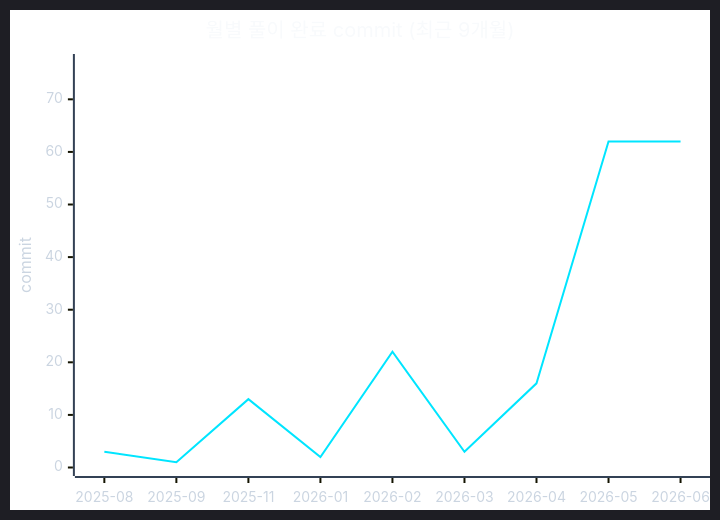
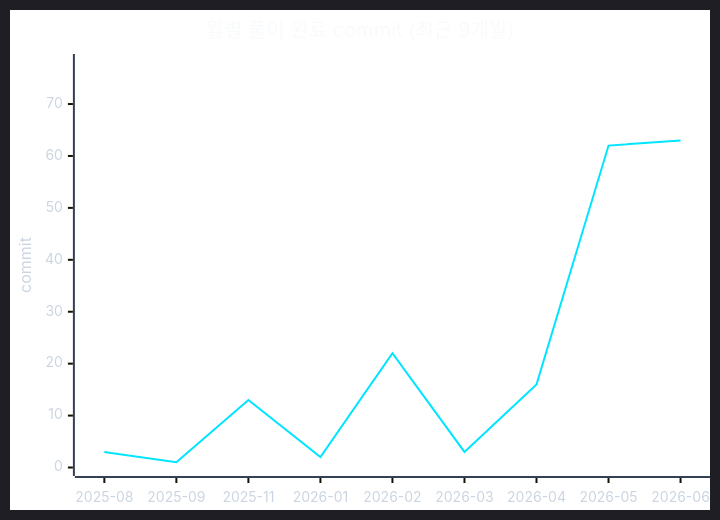
The second of 2 diagrams in readme.md (CHOOSLA/Algorithm), drawn with Mermaid before and after one commit. The commit also changed other lines of this file and 2 other files, not shown here.

````diff
--- a/readme.md
+++ b/readme.md
@@ -71,22 +71,22 @@
 ```mermaid
 ---
 config:
   theme: dark
   themeVariables:
     background: '#0d1117'
     xyChart:
       titleColor: '#f8fafc'
       xAxisLabelColor: '#cbd5e1'
       xAxisTitleColor: '#cbd5e1'
       xAxisLineColor: '#334155'
       yAxisLabelColor: '#cbd5e1'
       yAxisTitleColor: '#cbd5e1'
       yAxisLineColor: '#334155'
       plotColorPalette: '#00e5ff'
 ---
 xychart-beta
   title "월별 풀이 완료 commit (최근 9개월)"
   x-axis ["2025-08", "2025-09", "2025-11", "2026-01", "2026-02", "2026-03", "2026-04", "2026-05", "2026-06"]
-  y-axis "commit" 0 --> 77
-  line [3, 1, 13, 2, 22, 3, 16, 62, 62]
+  y-axis "commit" 0 --> 78
+  line [3, 1, 13, 2, 22, 3, 16, 62, 63]
 ```
````
